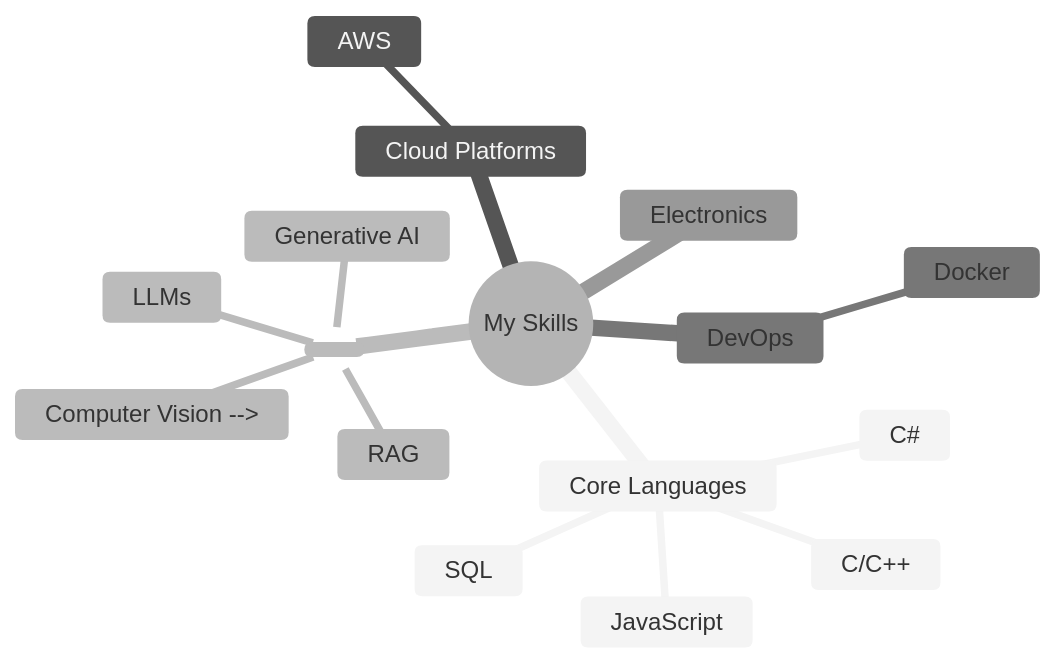
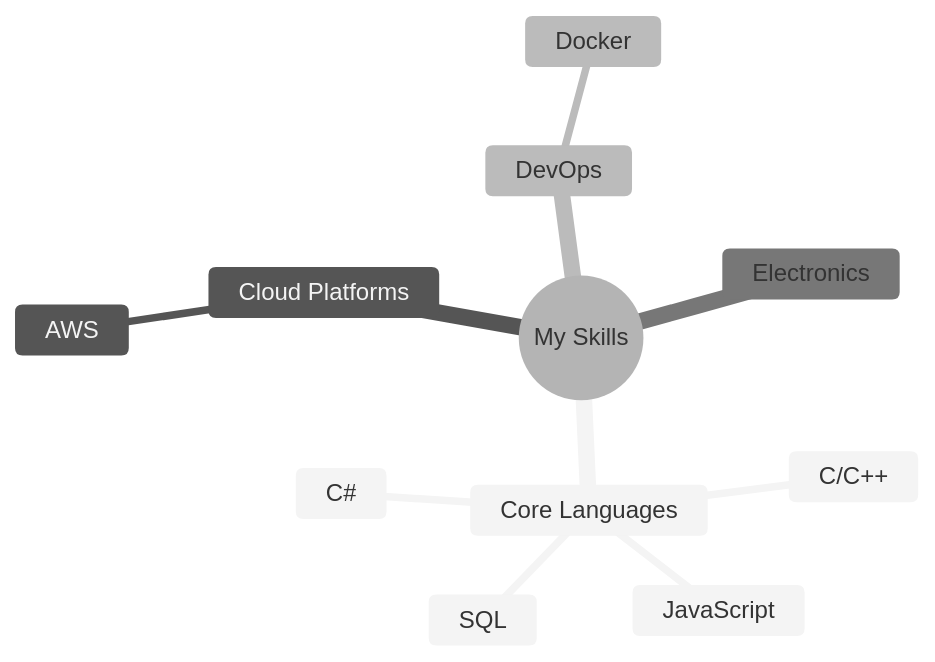
One commit to Ankan5960/Ankan5960 changed the diagram in README.md. Above: the diagram before and after it, drawn with Mermaid (neutral theme).

Commit message:
some chage

````diff
--- a/README.md
+++ b/README.md
@@ -29,19 +29,14 @@
 ```mermaid
 mindmap
   root((My Skills))
     Core Languages
       C/C++
       JavaScript
       C#
       SQL
     Cloud Platforms
       AWS
-    <!-- AI/ML
-      LLMs
-      Generative AI
-      RAG
-      Computer Vision -->
     DevOps
       Docker
     Electronics
 ```
````
